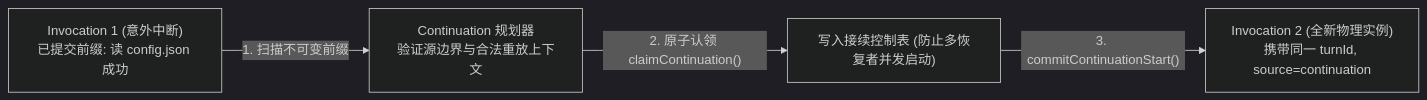
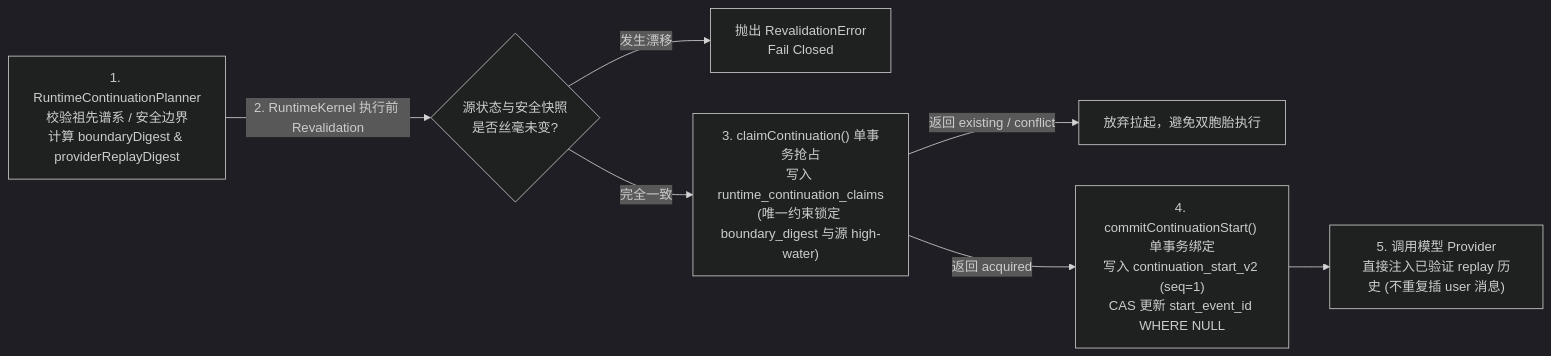
Before and after one commit to suger-m/agent-infrastructure-docs: the third of 3 diagrams in maka-agent-infra/04-state/durable-execution.md, drawn with Mermaid (dark theme). The commit also changed other lines of this file and 31 other files, not shown here.

````diff
--- a/maka-agent-infra/04-state/durable-execution.md
+++ b/maka-agent-infra/04-state/durable-execution.md
@@ -68,6 +204,9 @@
 ```mermaid
 flowchart LR
-    Old["Invocation 1 (意外中断)<br/>已提交前缀: 读 config.json 成功"] -->|"1. 扫描不可变前缀"| Plan["Continuation 规划器<br/>验证源边界与合法重放上下文"]
-    Plan -->|"2. 原子认领 claimContinuation()"| Claim["写入接续控制表 (防止多恢复者并发启动)"]
-    Claim -->|"3. commitContinuationStart()"| New["Invocation 2 (全新物理实例)<br/>携带同一 turnId, source=continuation"]
+    Planner["1. RuntimeContinuationPlanner<br/>校验祖先谱系 / 安全边界<br/>计算 boundaryDigest & providerReplayDigest"] -->|"2. RuntimeKernel 执行前 Revalidation"| Reval{"源状态与安全快照<br/>是否丝毫未变?"}
+    Reval -->|"发生漂移"| Abort["抛出 RevalidationError<br/>Fail Closed"]
+    Reval -->|"完全一致"| Claim["3. claimContinuation() 单事务抢占<br/>写入 runtime_continuation_claims<br/>(唯一约束锁定 boundary_digest 与源 high-water)"]
+    Claim -->|"返回 existing / conflict"| Parked["放弃拉起，避免双胞胎执行"]
+    Claim -->|"返回 acquired"| Start["4. commitContinuationStart() 单事务绑定<br/>写入 continuation_start_v2 (seq=1)<br/>CAS 更新 start_event_id WHERE NULL"]
+    Start --> Provider["5. 调用模型 Provider<br/>直接注入已验证 replay 历史 (不重复插 user 消息)"]
 ```
````
